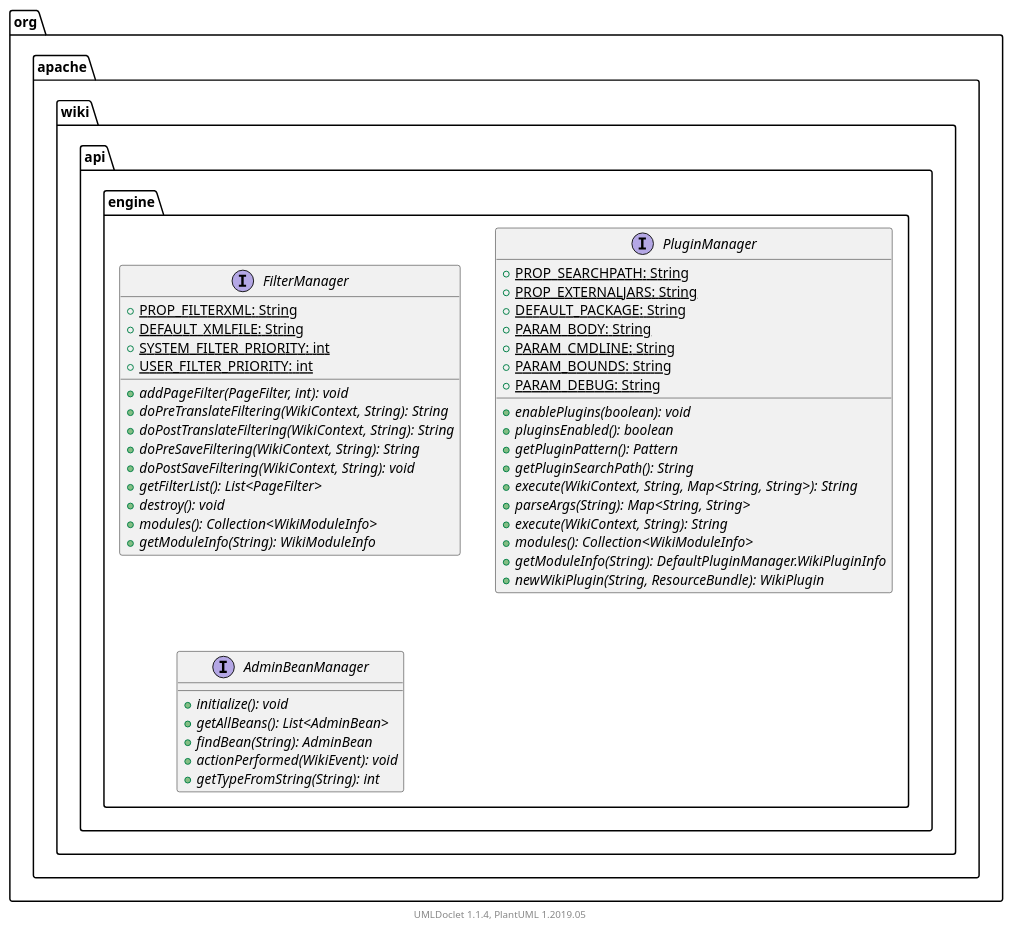
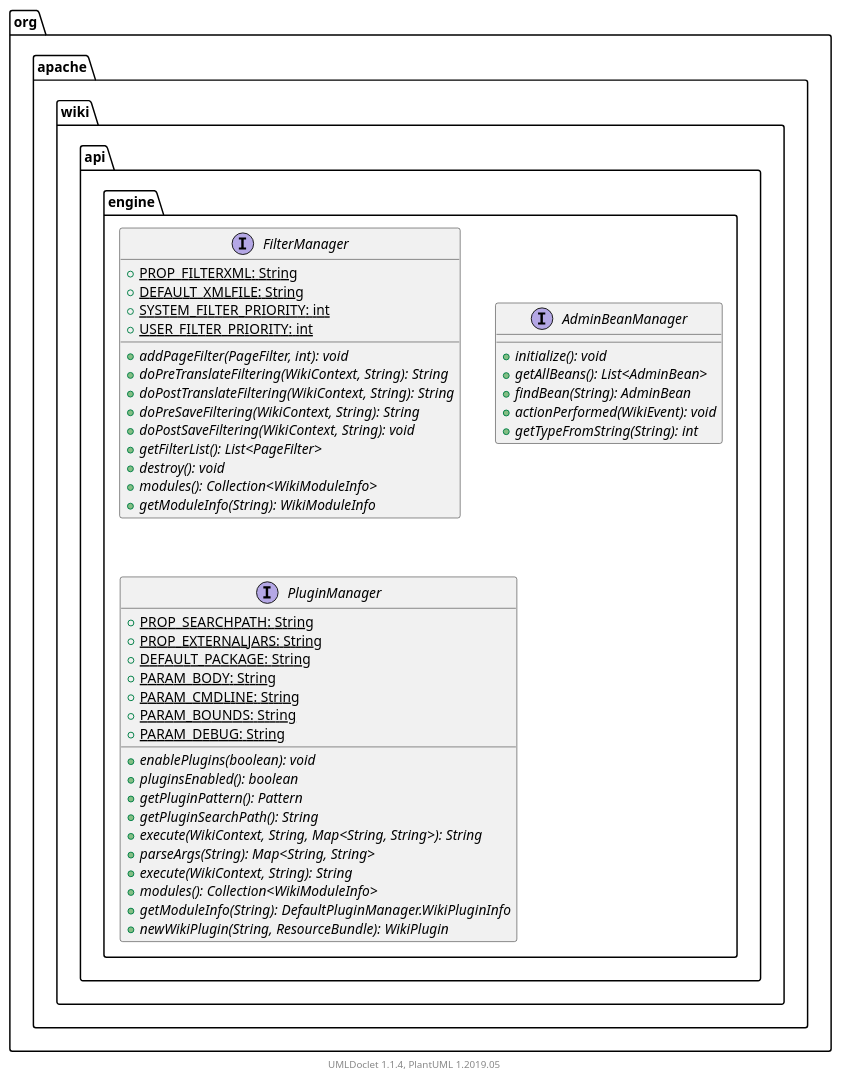
One commit to apache/jspwiki-site changed the diagram in apidocs/2.11.0.M7-SNAPSHOT/org/apache/wiki/api/engine/package.puml. Above: the diagram before and after it, drawn with PlantUML. The commit also changed other lines of this file and 1163 other files, not shown here.

```diff
--- a/apidocs/2.11.0.M7-SNAPSHOT/org/apache/wiki/api/engine/package.puml
+++ b/apidocs/2.11.0.M7-SNAPSHOT/org/apache/wiki/api/engine/package.puml
@@ -1,53 +1,53 @@
 @startuml
 
     namespace org.apache.wiki.api.engine {
 
         interface FilterManager [[FilterManager.html]] {
             {static} +PROP_FILTERXML: String
             {static} +DEFAULT_XMLFILE: String
             {static} +SYSTEM_FILTER_PRIORITY: int
             {static} +USER_FILTER_PRIORITY: int
             {abstract} +addPageFilter(PageFilter, int): void
             {abstract} +doPreTranslateFiltering(WikiContext, String): String
             {abstract} +doPostTranslateFiltering(WikiContext, String): String
             {abstract} +doPreSaveFiltering(WikiContext, String): String
             {abstract} +doPostSaveFiltering(WikiContext, String): void
             {abstract} +getFilterList(): List<PageFilter>
             {abstract} +destroy(): void
             {abstract} +modules(): Collection<WikiModuleInfo>
             {abstract} +getModuleInfo(String): WikiModuleInfo
+        }
+
+        interface AdminBeanManager [[AdminBeanManager.html]] {
+            {abstract} +initialize(): void
+            {abstract} +getAllBeans(): List<AdminBean>
+            {abstract} +findBean(String): AdminBean
+            {abstract} +actionPerformed(WikiEvent): void
+            {abstract} +getTypeFromString(String): int
         }
 
         interface PluginManager [[PluginManager.html]] {
             {static} +PROP_SEARCHPATH: String
             {static} +PROP_EXTERNALJARS: String
             {static} +DEFAULT_PACKAGE: String
             {static} +PARAM_BODY: String
             {static} +PARAM_CMDLINE: String
             {static} +PARAM_BOUNDS: String
             {static} +PARAM_DEBUG: String
             {abstract} +enablePlugins(boolean): void
             {abstract} +pluginsEnabled(): boolean
             {abstract} +getPluginPattern(): Pattern
             {abstract} +getPluginSearchPath(): String
             {abstract} +execute(WikiContext, String, Map<String, String>): String
             {abstract} +parseArgs(String): Map<String, String>
             {abstract} +execute(WikiContext, String): String
             {abstract} +modules(): Collection<WikiModuleInfo>
             {abstract} +getModuleInfo(String): DefaultPluginManager.WikiPluginInfo
             {abstract} +newWikiPlugin(String, ResourceBundle): WikiPlugin
         }
 
-        interface AdminBeanManager [[AdminBeanManager.html]] {
-            {abstract} +initialize(): void
-            {abstract} +getAllBeans(): List<AdminBean>
-            {abstract} +findBean(String): AdminBean
-            {abstract} +actionPerformed(WikiEvent): void
-            {abstract} +getTypeFromString(String): int
-        }
-
     }
 
 
     center footer UMLDoclet 1.1.4, PlantUML 1.2019.05
 @enduml
```
